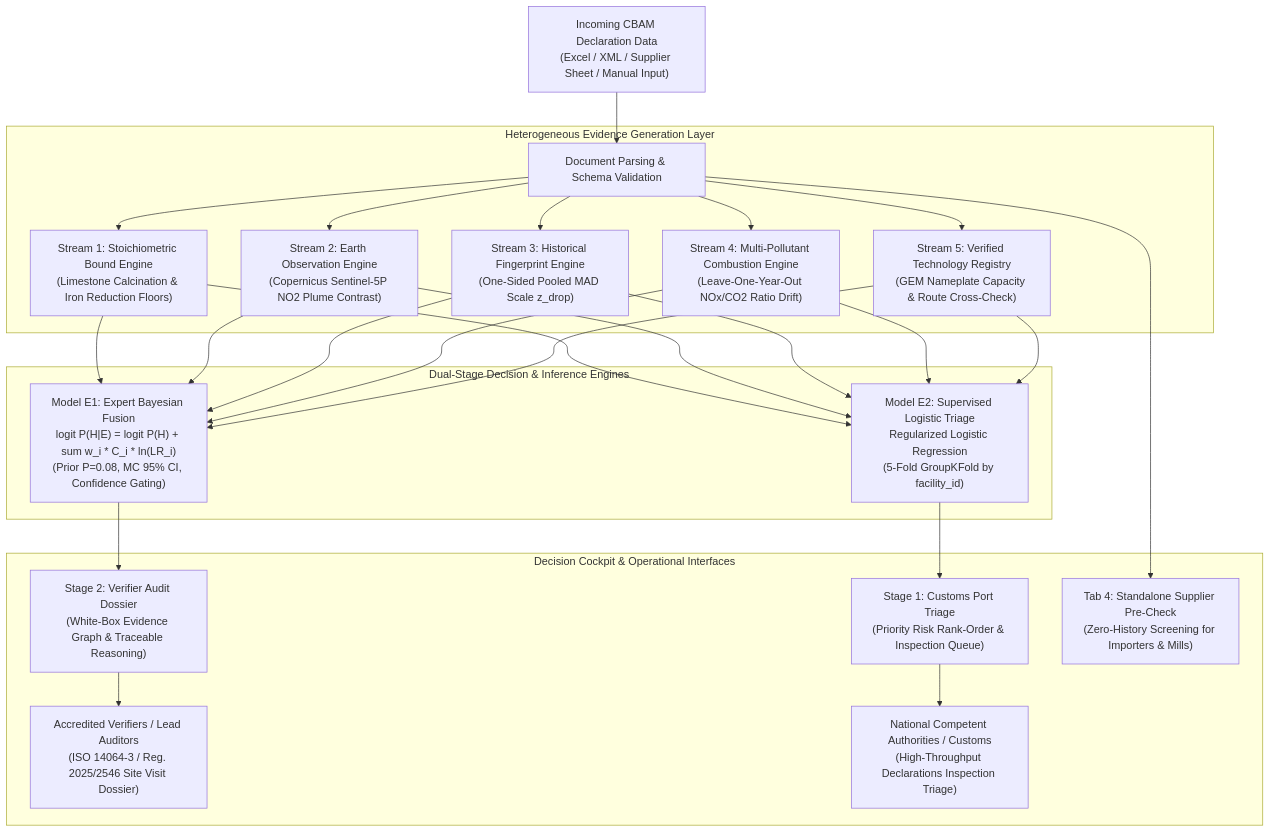
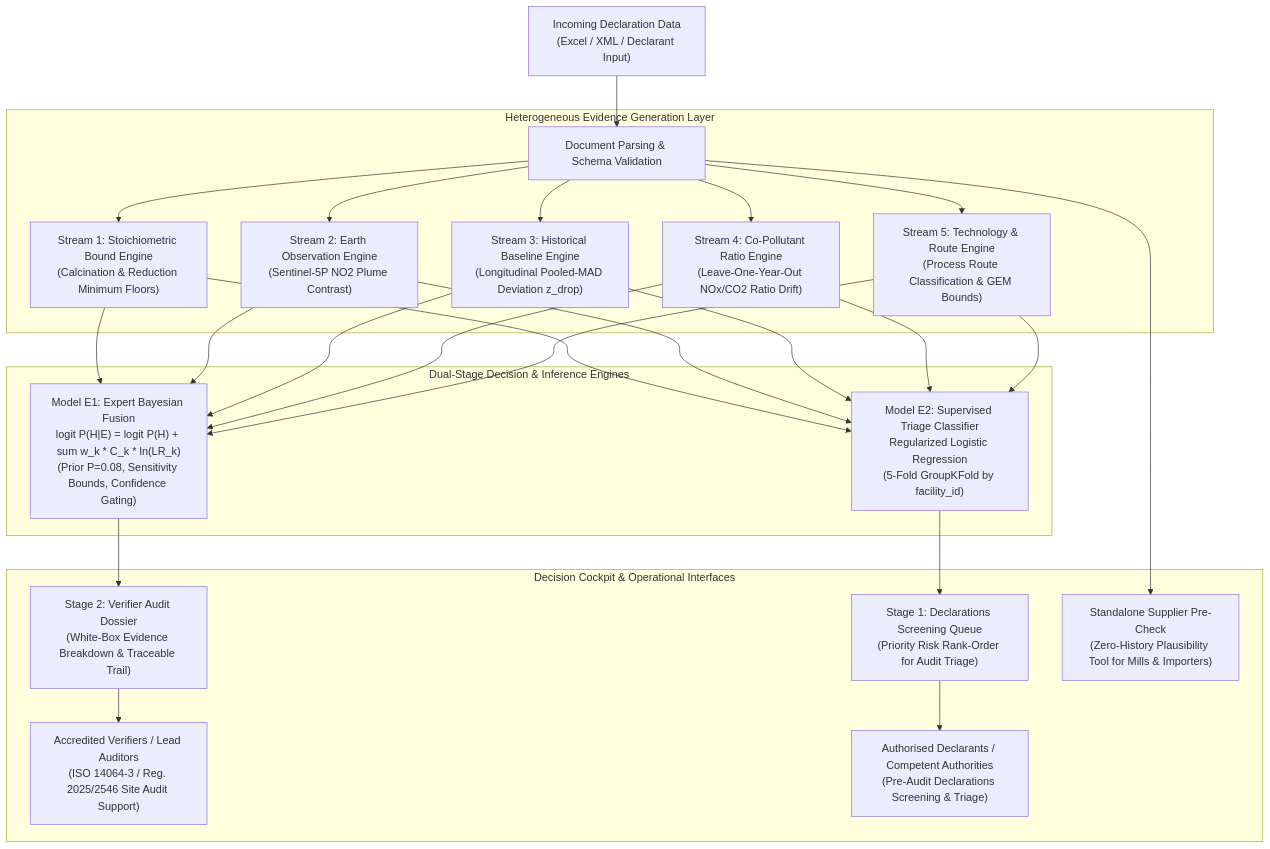
Before and after one commit to CaceresCristhian/VeriCBAM: the first of 2 diagrams in Capstone_Proposal_Document.md, drawn with Mermaid. The commit also changed other lines of this file and 3 other files, not shown here.

````diff
--- a/Capstone_Proposal_Document.md
+++ b/Capstone_Proposal_Document.md
@@ -86,35 +90,35 @@
 ```mermaid
 flowchart TD
-    A["Incoming CBAM Declaration Data\n(Excel / XML / Supplier Sheet / Manual Input)"] --> B["Document Parsing & Schema Validation"]
+    A["Incoming Declaration Data\n(Excel / XML / Declarant Input)"] --> B["Document Parsing & Schema Validation"]
     
     subgraph Evidence_Generation["Heterogeneous Evidence Generation Layer"]
-        B --> C1["Stream 1: Stoichiometric Bound Engine\n(Limestone Calcination & Iron Reduction Floors)"]
-        B --> C2["Stream 2: Earth Observation Engine\n(Copernicus Sentinel-5P NO2 Plume Contrast)"]
-        B --> C3["Stream 3: Historical Fingerprint Engine\n(One-Sided Pooled MAD Scale z_drop)"]
-        B --> C4["Stream 4: Multi-Pollutant Combustion Engine\n(Leave-One-Year-Out NOx/CO2 Ratio Drift)"]
-        B --> C5["Stream 5: Verified Technology Registry\n(GEM Nameplate Capacity & Route Cross-Check)"]
+        B --> C1["Stream 1: Stoichiometric Bound Engine\n(Calcination & Reduction Minimum Floors)"]
+        B --> C2["Stream 2: Earth Observation Engine\n(Sentinel-5P NO2 Plume Contrast)"]
+        B --> C3["Stream 3: Historical Baseline Engine\n(Longitudinal Pooled-MAD Deviation z_drop)"]
+        B --> C4["Stream 4: Co-Pollutant Ratio Engine\n(Leave-One-Year-Out NOx/CO2 Ratio Drift)"]
+        B --> C5["Stream 5: Technology & Route Engine\n(Process Route Classification & GEM Bounds)"]
     end
     
     subgraph Fusion_Engines["Dual-Stage Decision & Inference Engines"]
-        C1 --> D1["Model E1: Expert Bayesian Fusion\nlogit P(H|E) = logit P(H) + sum w_i * C_i * ln(LR_i)\n(Prior P=0.08, MC 95% CI, Confidence Gating)"]
+        C1 --> D1["Model E1: Expert Bayesian Fusion\nlogit P(H|E) = logit P(H) + sum w_k * C_k * ln(LR_k)\n(Prior P=0.08, Sensitivity Bounds, Confidence Gating)"]
         C2 --> D1
         C3 --> D1
         C4 --> D1
         C5 --> D1
         
-        C1 --> D2["Model E2: Supervised Logistic Triage\nRegularized Logistic Regression\n(5-Fold GroupKFold by facility_id)"]
+        C1 --> D2["Model E2: Supervised Triage Classifier\nRegularized Logistic Regression\n(5-Fold GroupKFold by facility_id)"]
         C2 --> D2
         C3 --> D2
         C4 --> D2
         C5 --> D2
     end
     
-    D1 --> E1["Stage 2: Verifier Audit Dossier\n(White-Box Evidence Graph & Traceable Reasoning)"]
-    D2 --> E2["Stage 1: Customs Port Triage\n(Priority Risk Rank-Order & Inspection Queue)"]
+    D1 --> E1["Stage 2: Verifier Audit Dossier\n(White-Box Evidence Breakdown & Traceable Trail)"]
+    D2 --> E2["Stage 1: Declarations Screening Queue\n(Priority Risk Rank-Order for Audit Triage)"]
     
     subgraph User_Touchpoints["Decision Cockpit & Operational Interfaces"]
-        E1 --> F1["Accredited Verifiers / Lead Auditors\n(ISO 14064-3 / Reg. 2025/2546 Site Visit Dossier)"]
-        E2 --> F2["National Competent Authorities / Customs\n(High-Throughput Declarations Inspection Triage)"]
-        B --> F3["Tab 4: Standalone Supplier Pre-Check\n(Zero-History Screening for Importers & Mills)"]
+        E1 --> F1["Accredited Verifiers / Lead Auditors\n(ISO 14064-3 / Reg. 2025/2546 Site Audit Support)"]
+        E2 --> F2["Authorised Declarants / Competent Authorities\n(Pre-Audit Declarations Screening & Triage)"]
+        B --> F3["Standalone Supplier Pre-Check\n(Zero-History Plausibility Tool for Mills & Importers)"]
     end
 ```
````
